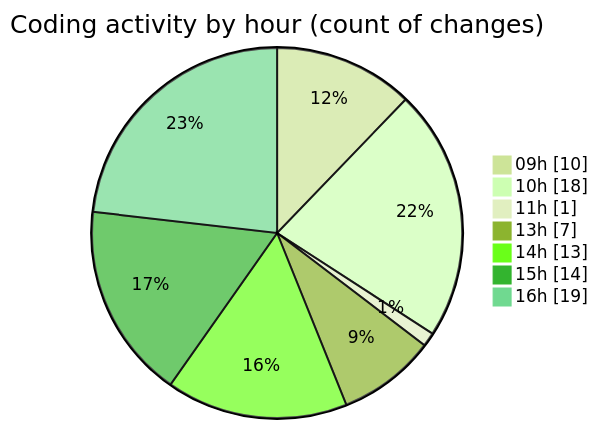
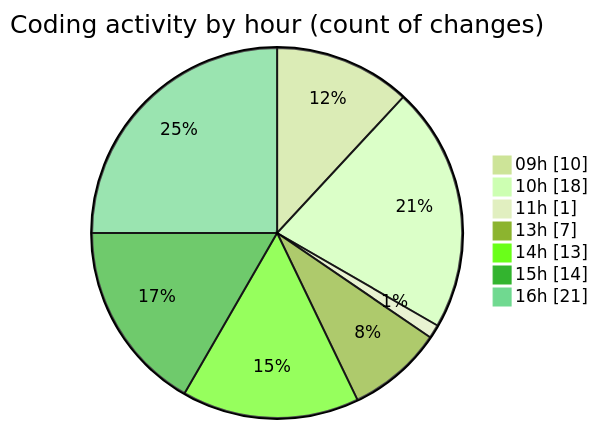
The second of 2 diagrams in 2026-04-06/airfeed-analytics-dashboard/README.md (nxtqubesakshisongat/code-tracking), drawn with Mermaid (forest theme) before and after one commit. The commit also changed other lines of this file and 1 other file, not shown here.

````diff
--- a/2026-04-06/airfeed-analytics-dashboard/README.md
+++ b/2026-04-06/airfeed-analytics-dashboard/README.md
@@ -50,11 +51,11 @@
 ```mermaid
 pie showData
 title Coding activity by hour (count of changes)
 "09h" : 10
 "10h" : 18
 "11h" : 1
 "13h" : 7
 "14h" : 13
 "15h" : 14
-"16h" : 19
+"16h" : 21
 ```
````
